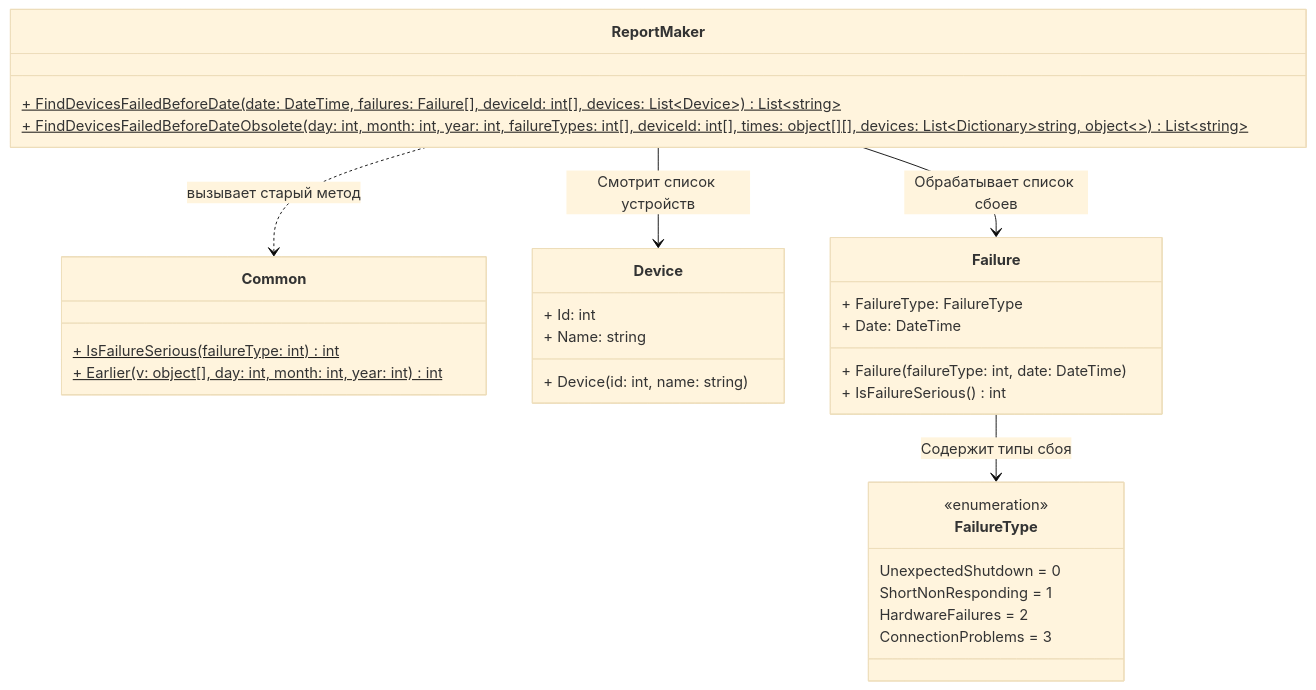
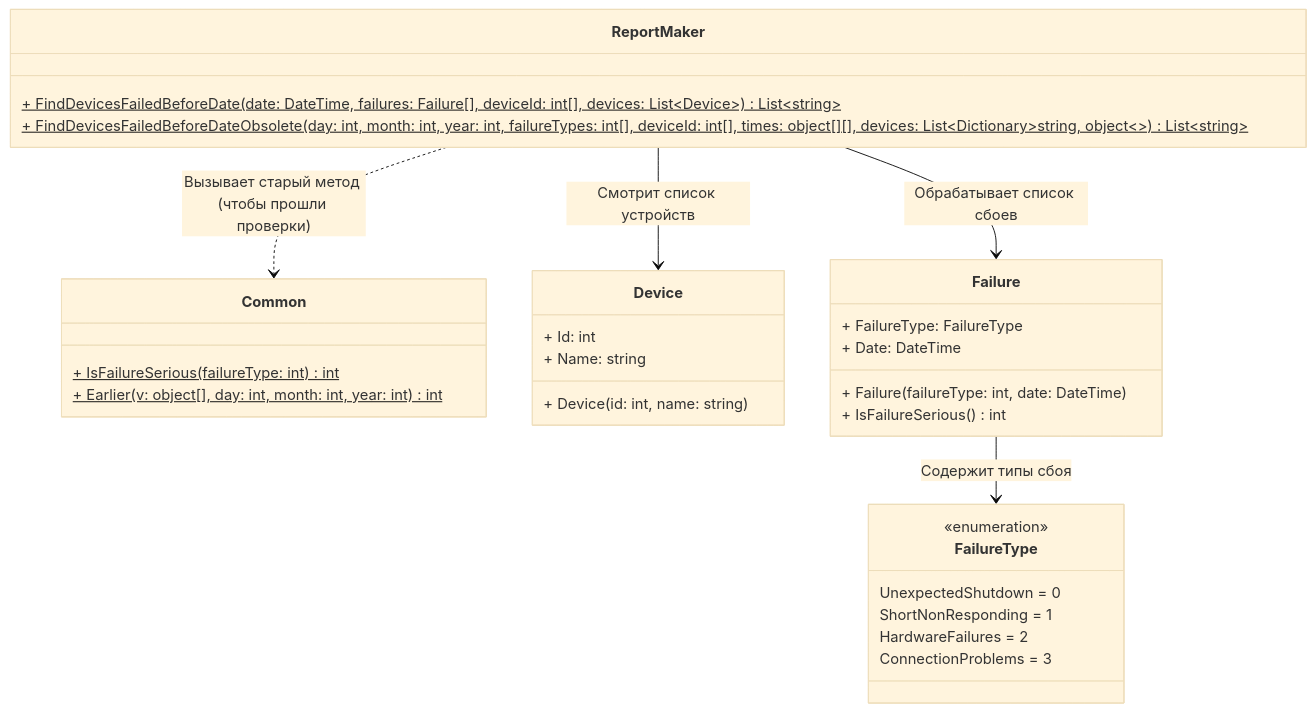
The diagram in sboi.md (Du2Vi-lab/Ulearn-Tasks), drawn with Mermaid (base theme) before and after one commit.

````diff
--- a/sboi.md
+++ b/sboi.md
@@ -8,39 +8,39 @@
 ```mermaid
 classDiagram
     class FailureType {
         <<enumeration>>
         UnexpectedShutdown = 0
         ShortNonResponding = 1
         HardwareFailures = 2
         ConnectionProblems = 3
     }
 
     class Common {
         + IsFailureSerious(failureType: int) int$
         + Earlier(v: object[], day: int, month: int, year: int) int$
     }
 
     class Device {
         + Id: int
         + Name: string
         + Device(id: int, name: string)
     }
 
     class Failure {
         + FailureType: FailureType
         + Date: DateTime
         + Failure(failureType: int, date: DateTime)
         + IsFailureSerious() int
     }
 
     class ReportMaker {
         + FindDevicesFailedBeforeDate(date: DateTime, failures: Failure[], deviceId: int[], devices: List~Device~) List~string~$
         + FindDevicesFailedBeforeDateObsolete(day: int, month: int, year: int, failureTypes: int[], deviceId: int[], times: object[][], devices: List~Dictionary~string, object~~) List~string~$
     }
 
     %% Связи и подписи в точности как на твоем скриншоте + связь с enum
-    ReportMaker ..> Common : вызывает старый метод
+    ReportMaker ..> Common : Вызывает старый метод (чтобы прошли проверки)
     ReportMaker --> Device : Смотрит список устройств
     ReportMaker --> Failure : Обрабатывает список сбоев
     Failure --> FailureType : Содержит типы сбоя
 ```
````
